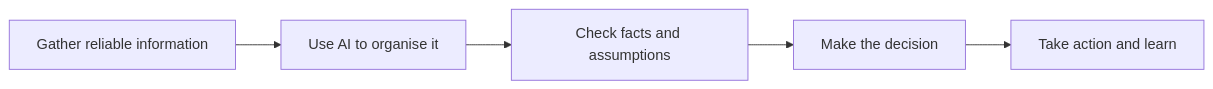
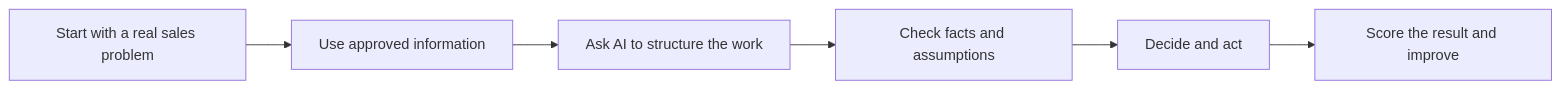
One commit to shaunmarsden/practical-ai-sales-workflows changed the diagram in README.md. Above: the diagram before and after it, drawn with Mermaid. The commit also changed other lines of this file and 7 other files, not shown here.

````diff
--- a/README.md
+++ b/README.md
@@ -33,7 +17,8 @@
 ```mermaid
 flowchart LR
-    A["Gather reliable information"] --> B["Use AI to organise it"]
-    B --> C["Check facts and assumptions"]
-    C --> D["Make the decision"]
-    D --> E["Take action and learn"]
+    A["Start with a real sales problem"] --> B["Use approved information"]
+    B --> C["Ask AI to structure the work"]
+    C --> D["Check facts and assumptions"]
+    D --> E["Decide and act"]
+    E --> F["Score the result and improve"]
 ```
````
